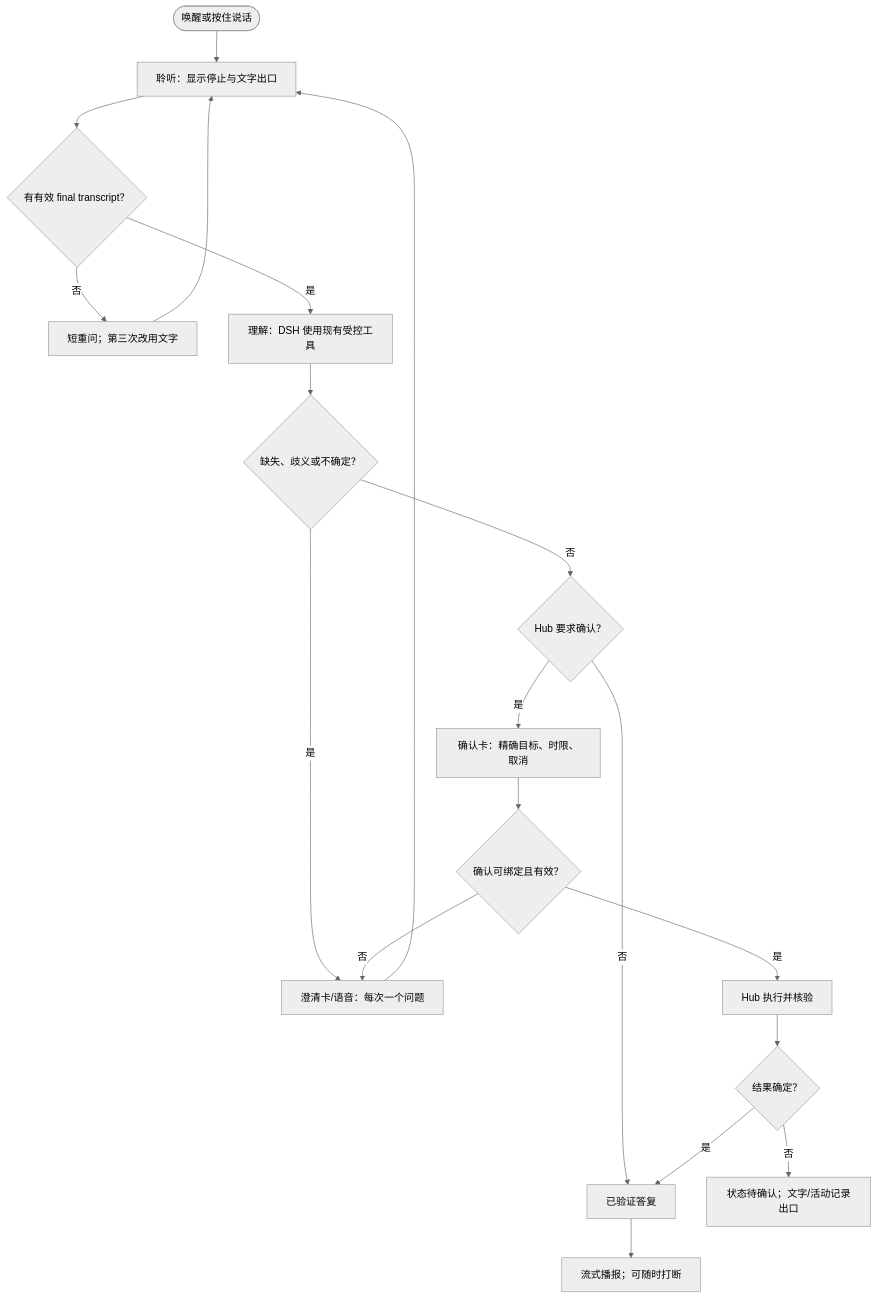
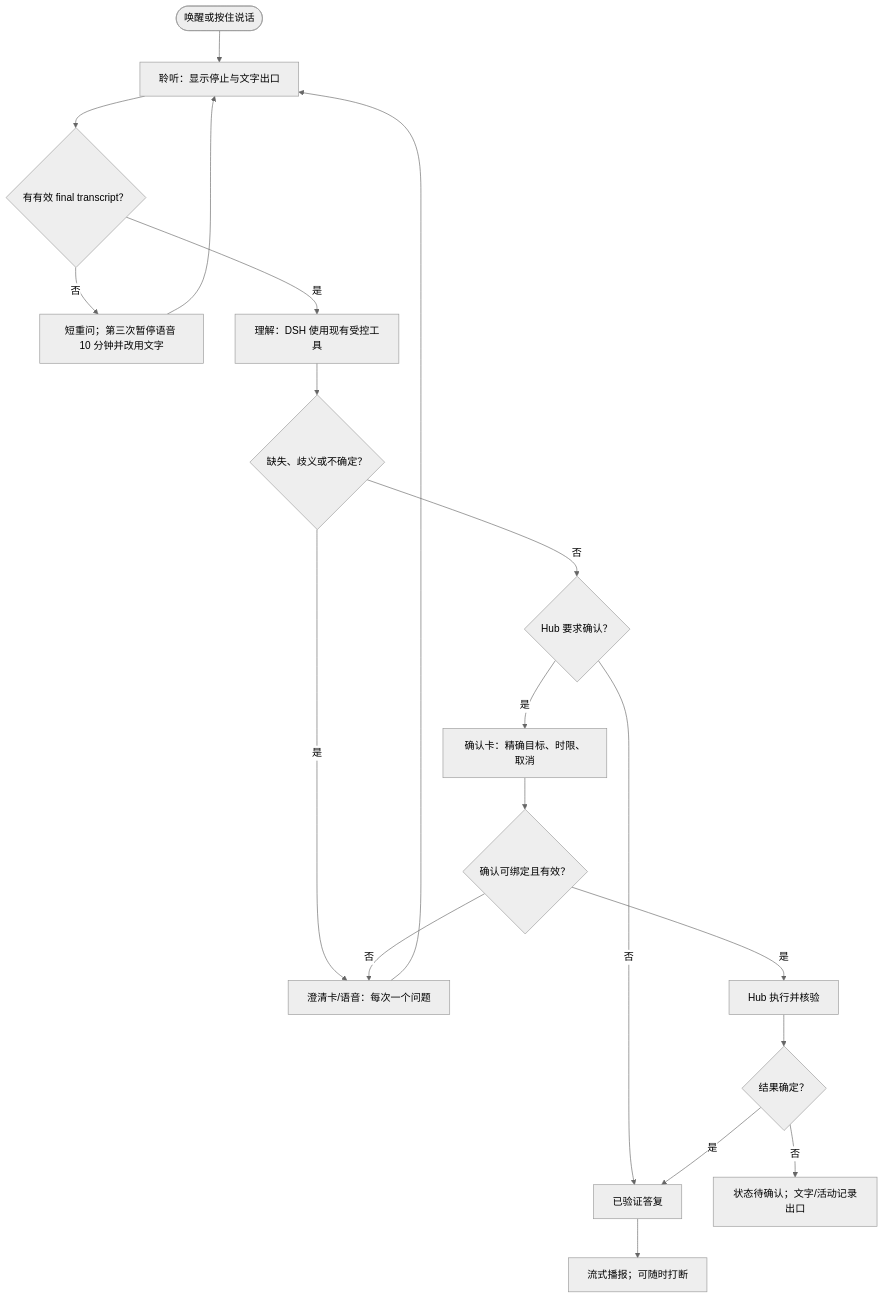
Before and after one commit to locknard/hob-agent: the diagram in docs/private-voice-runtime.md, drawn with Mermaid (neutral theme). The commit also changed other lines of this file and 5 other files, not shown here.

````diff
--- a/docs/private-voice-runtime.md
+++ b/docs/private-voice-runtime.md
@@ -103,21 +103,21 @@
 ```mermaid
 flowchart TD
   A([唤醒或按住说话]) --> B[聆听：显示停止与文字出口]
   B --> C{有有效 final transcript？}
-  C -- 否 --> D[短重问；第三次改用文字]
+  C -- 否 --> D[短重问；第三次暂停语音 10 分钟并改用文字]
   D --> B
   C -- 是 --> E[理解：DSH 使用现有受控工具]
   E --> F{缺失、歧义或不确定？}
   F -- 是 --> G[澄清卡/语音：每次一个问题]
   G --> B
   F -- 否 --> H{Hub 要求确认？}
   H -- 是 --> I[确认卡：精确目标、时限、取消]
   I --> J{确认可绑定且有效？}
   J -- 否 --> G
   J -- 是 --> K[Hub 执行并核验]
   H -- 否 --> L[已验证答复]
   K --> M{结果确定？}
   M -- 是 --> L
   M -- 否 --> N[状态待确认；文字/活动记录出口]
   L --> O[流式播报；可随时打断]
 ```
````
